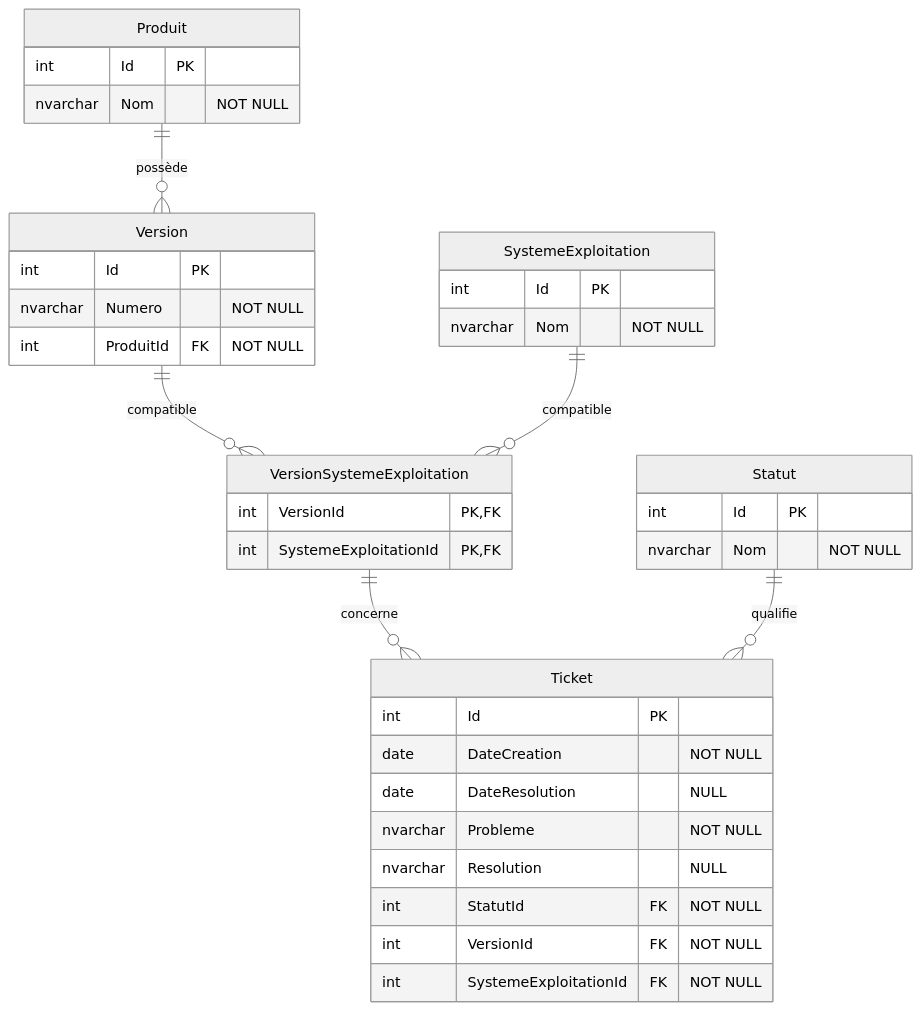
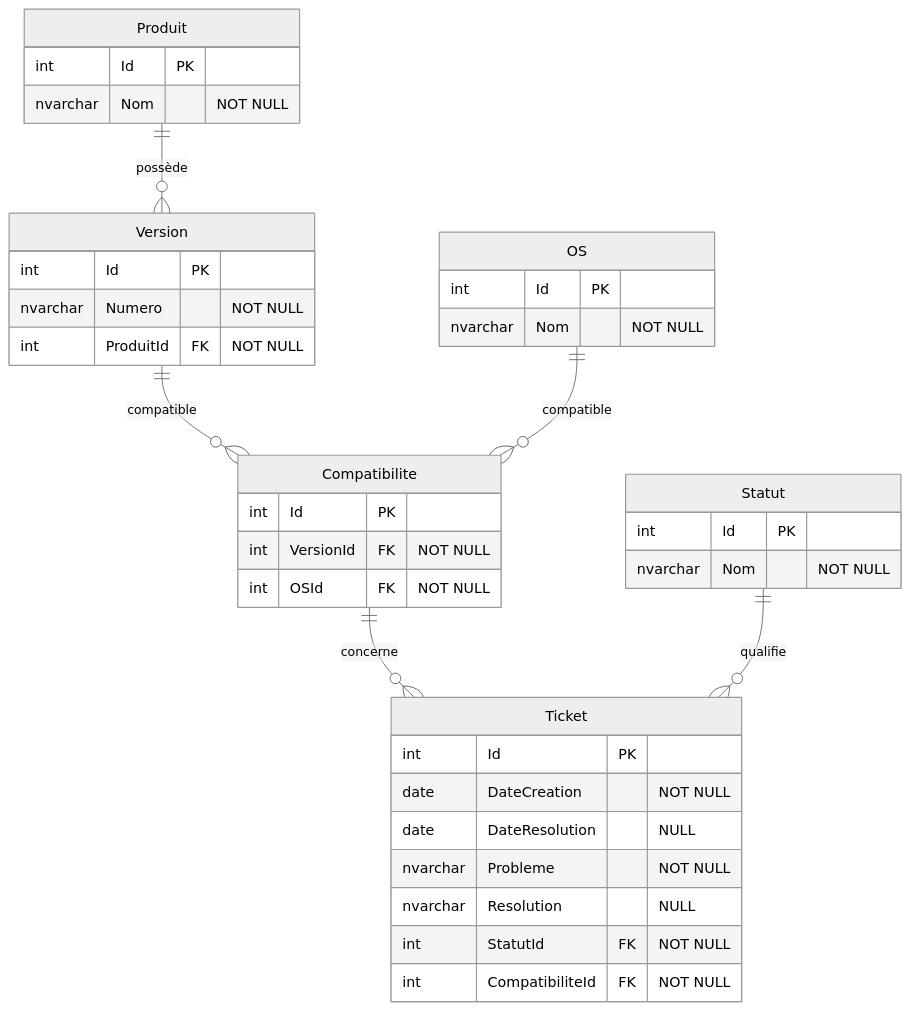
One commit to domblocs-dev/Projet6-NexaWorks changed the diagram in README.md. Above: the diagram before and after it, drawn with Mermaid (neutral theme). The commit also changed other lines of this file and 1 other file, not shown here.

Commit message:
Simplifie le modèle : OS renommé, association Compatibilite à clé primaire unique, ticket à une seule clé étrangère

````diff
--- a/README.md
+++ b/README.md
@@ -22,40 +22,40 @@
 ```mermaid
 erDiagram
     Produit ||--o{ Version : "possède"
-    Version ||--o{ VersionSystemeExploitation : "compatible"
-    SystemeExploitation ||--o{ VersionSystemeExploitation : "compatible"
-    VersionSystemeExploitation ||--o{ Ticket : "concerne"
+    Version ||--o{ Compatibilite : "compatible"
+    OS ||--o{ Compatibilite : "compatible"
+    Compatibilite ||--o{ Ticket : "concerne"
     Statut ||--o{ Ticket : "qualifie"
 
     Produit {
         int Id PK
         nvarchar Nom "NOT NULL"
     }
     Version {
         int Id PK
         nvarchar Numero "NOT NULL"
         int ProduitId FK "NOT NULL"
     }
-    SystemeExploitation {
+    OS {
         int Id PK
         nvarchar Nom "NOT NULL"
     }
-    VersionSystemeExploitation {
-        int VersionId PK, FK
-        int SystemeExploitationId PK, FK
+    Compatibilite {
+        int Id PK
+        int VersionId FK "NOT NULL"
+        int OSId FK "NOT NULL"
     }
     Statut {
         int Id PK
         nvarchar Nom "NOT NULL"
     }
     Ticket {
         int Id PK
         date DateCreation "NOT NULL"
         date DateResolution "NULL"
         nvarchar Probleme "NOT NULL"
         nvarchar Resolution "NULL"
         int StatutId FK "NOT NULL"
-        int VersionId FK "NOT NULL"
-        int SystemeExploitationId FK "NOT NULL"
+        int CompatibiliteId FK "NOT NULL"
     }
 ```
````
